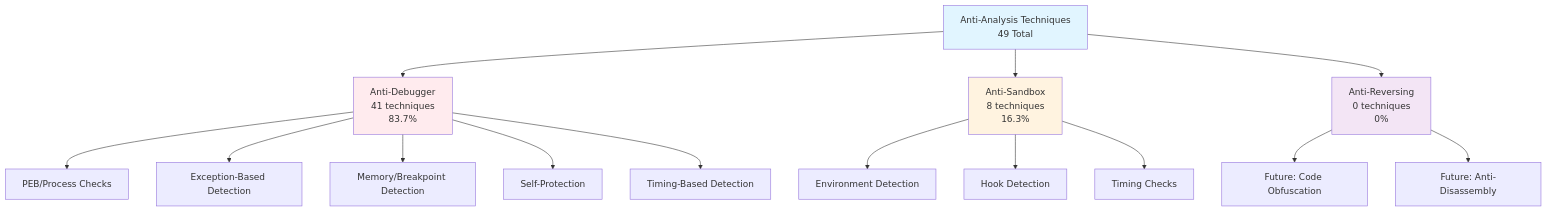
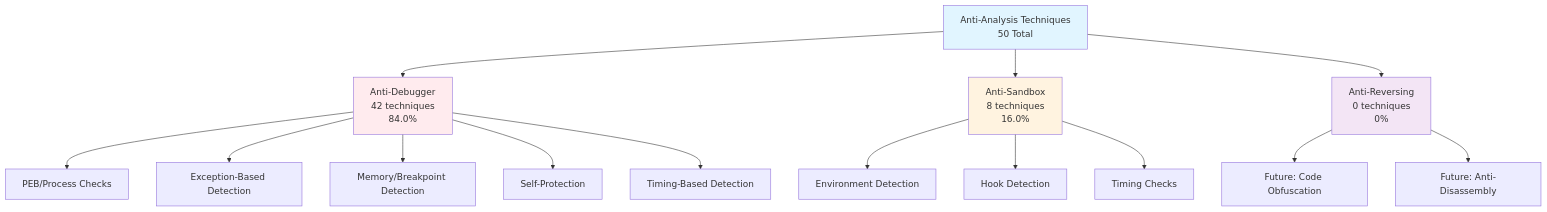
Before and after one commit to mabj/anti: the first of 8 diagrams in docs/diagrams/taxonomy.md, drawn with Mermaid. The commit also changed other lines of this file and 8 other files, not shown here.

````diff
--- a/docs/diagrams/taxonomy.md
+++ b/docs/diagrams/taxonomy.md
@@ -7,24 +7,24 @@
 ```mermaid
 graph TB
-    A[Anti-Analysis Techniques<br/>49 Total] --> B[Anti-Debugger<br/>41 techniques<br/>83.7%]
-    A --> C[Anti-Sandbox<br/>8 techniques<br/>16.3%]
+    A[Anti-Analysis Techniques<br/>50 Total] --> B[Anti-Debugger<br/>42 techniques<br/>84.0%]
+    A --> C[Anti-Sandbox<br/>8 techniques<br/>16.0%]
     A --> D[Anti-Reversing<br/>0 techniques<br/>0%]
 
     B --> B1[PEB/Process Checks]
     B --> B2[Exception-Based Detection]
     B --> B3[Memory/Breakpoint Detection]
     B --> B4[Self-Protection]
     B --> B5[Timing-Based Detection]
 
     C --> C1[Environment Detection]
     C --> C2[Hook Detection]
     C --> C3[Timing Checks]
 
     D --> D1[Future: Code Obfuscation]
     D --> D2[Future: Anti-Disassembly]
 
     style A fill:#e1f5ff
     style B fill:#ffebee
     style C fill:#fff3e0
     style D fill:#f3e5f5
 ```
````
